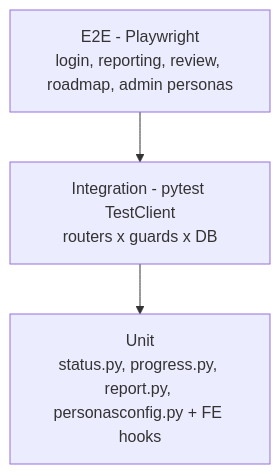
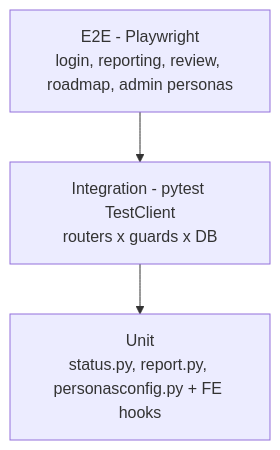
The diagram in docs/08-testing-strategy.md (Mehdi-Zar/TeamFollowUP), drawn with Mermaid before and after one commit. The commit also changed other lines of this file and 82 other files, not shown here.

````diff
--- a/docs/08-testing-strategy.md
+++ b/docs/08-testing-strategy.md
@@ -32,6 +32,6 @@
 ```mermaid
 flowchart TB
   E2E[E2E - Playwright\nlogin, reporting, review, roadmap, admin personas] --> INT
   INT[Integration - pytest TestClient\nrouters x guards x DB] --> UNIT
-  UNIT[Unit\nstatus.py, progress.py, report.py, personasconfig.py + FE hooks]
+  UNIT[Unit\nstatus.py, report.py, personasconfig.py + FE hooks]
 ```
````
